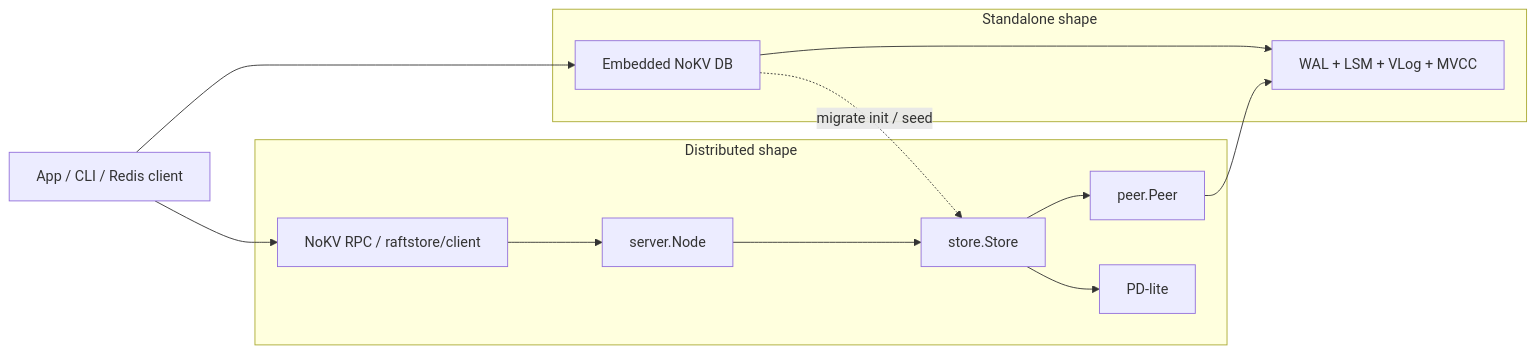
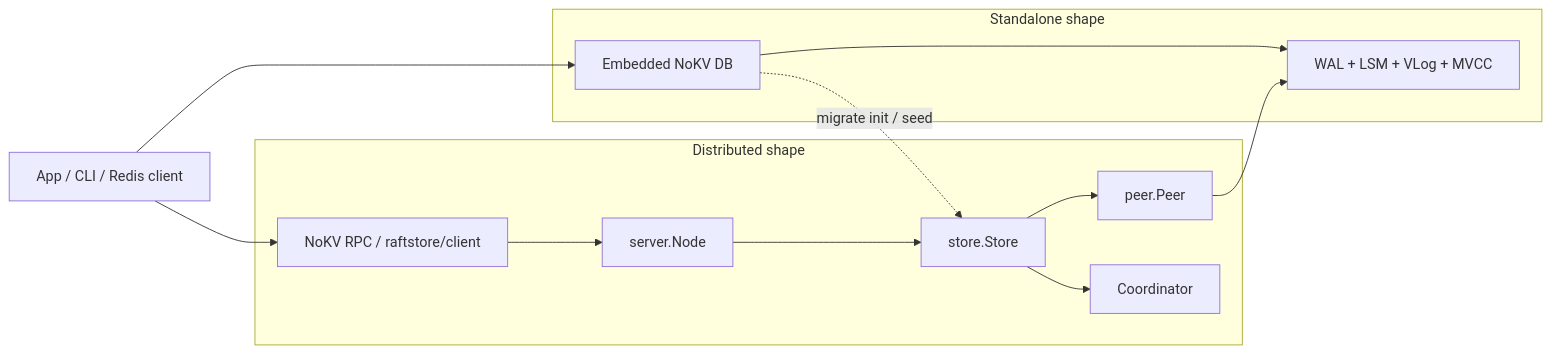
One commit to feichai0017/NoKV changed the first of 2 diagrams in docs/architecture.md. Above: the diagram before and after it, drawn with Mermaid. The commit also changed other lines of this file and 118 other files, not shown here.

````diff
--- a/docs/architecture.md
+++ b/docs/architecture.md
@@ -56,20 +56,20 @@
 ```mermaid
 flowchart LR
     App["App / CLI / Redis client"]
     App --> Embedded["Embedded NoKV DB"]
     App --> RPC["NoKV RPC / raftstore/client"]
 
     subgraph "Standalone shape"
         Embedded --> Core["WAL + LSM + VLog + MVCC"]
     end
 
     subgraph "Distributed shape"
         RPC --> Server["server.Node"]
         Server --> Store["store.Store"]
         Store --> Peer["peer.Peer"]
         Peer --> Core
-        Store --> PD["PD-lite"]
+        Store --> Coordinator["Coordinator"]
     end
 
     Embedded -. migrate init / seed .-> Store
 ```
````
